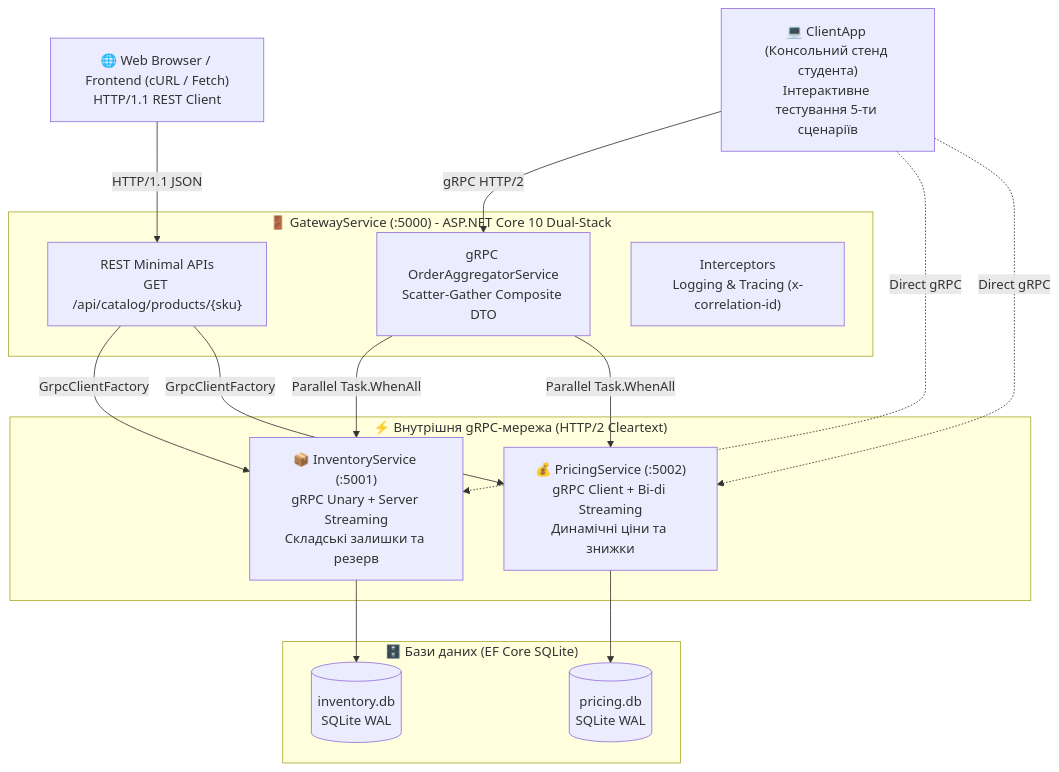
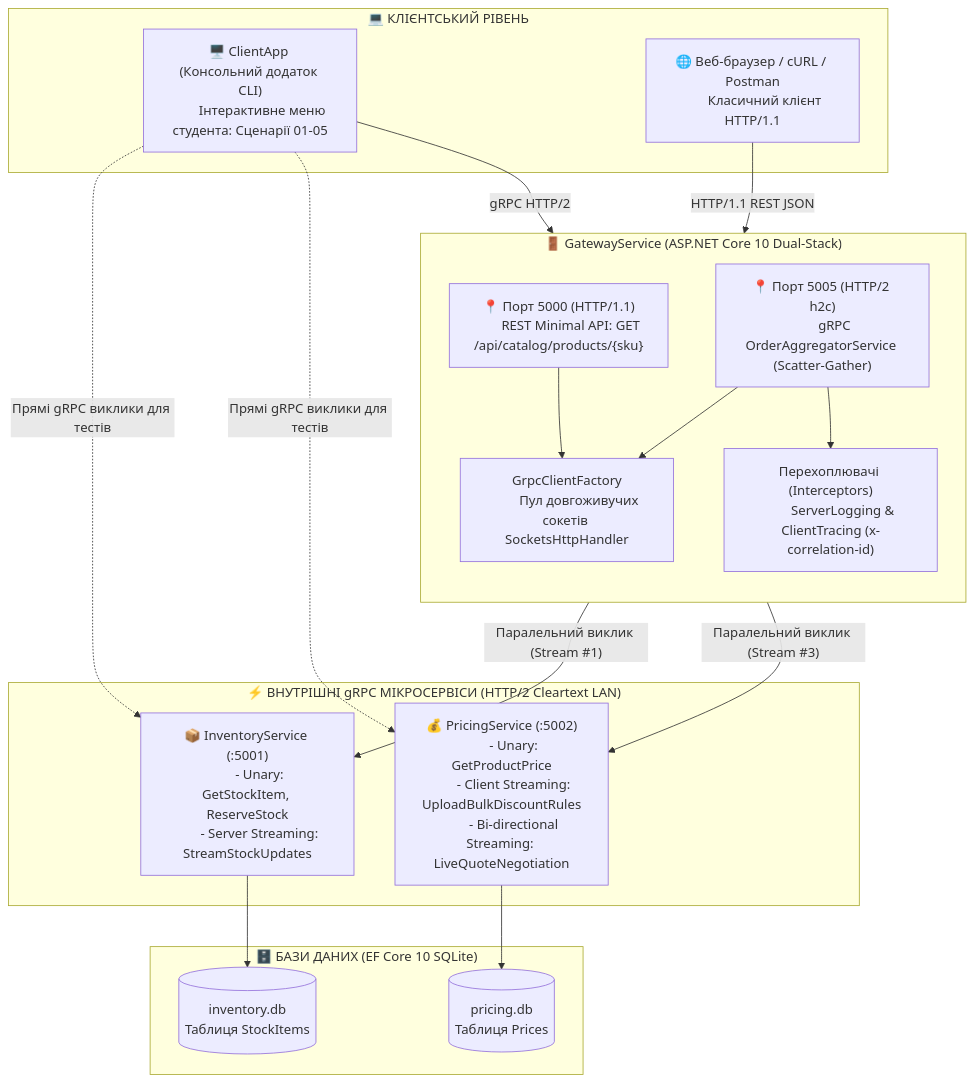
The diagram in README.md (MrTomkaYurii/AspNet-gRPC-Mastery), drawn with Mermaid before and after one commit. The commit also changed other lines of this file and 2 other files, not shown here.

Commit message:
docs(readme): add detailed project breakdown, multi-terminal & one-click startup guides and run-all scripts

````diff
--- a/README.md
+++ b/README.md
@@ -19,45 +31,53 @@
 ```mermaid
 flowchart TB
-    ClientCLI["💻 ClientApp (Консольний стенд студента)
-Інтерактивне тестування 5-ти сценаріїв"]
-    WebClient["🌐 Web Browser / Frontend (cURL / Fetch)
-HTTP/1.1 REST Client"]
-
-    subgraph HybridGateway ["🚪 GatewayService (:5000) - ASP.NET Core 10 Dual-Stack"]
-        RestApi["REST Minimal APIs
-GET /api/catalog/products/{sku}"]
-        Aggregator["gRPC OrderAggregatorService
-Scatter-Gather Composite DTO"]
-        Interceptors["Interceptors
-Logging & Tracing (x-correlation-id)"]
+    subgraph ClientZone ["💻 КЛІЄНТСЬКИЙ РІВЕНЬ"]
+        ClientCLI["🖥️ ClientApp (Консольний додаток CLI)
+        Інтерактивне меню студента: Сценарії 01-05"]
+        Browser["🌐 Веб-браузер / cURL / Postman
+        Класичний клієнт HTTP/1.1"]
     end
 
-    subgraph Mesh ["⚡ Внутрішня gRPC-мережа (HTTP/2 Cleartext)"]
-        Inventory["📦 InventoryService (:5001)
-gRPC Unary + Server Streaming
-Складські залишки та резерв"]
-        Pricing["💰 PricingService (:5002)
-gRPC Client + Bi-di Streaming
-Динамічні ціни та знижки"]
+    subgraph GatewayBoundary ["🚪 GatewayService (ASP.NET Core 10 Dual-Stack)"]
+        direction TB
+        Port5000["📍 Порт 5000 (HTTP/1.1)
+        REST Minimal API: GET /api/catalog/products/{sku}"]
+        Port5005["📍 Порт 5005 (HTTP/2 h2c)
+        gRPC OrderAggregatorService (Scatter-Gather)"]
+        Interceptors["Перехоплювачі (Interceptors)
+        ServerLogging & ClientTracing (x-correlation-id)"]
+        ClientPool["GrpcClientFactory
+        Пул довгоживучих сокетів SocketsHttpHandler"]
+
+        Port5000 --> ClientPool
+        Port5005 --> ClientPool
+        Port5005 --> Interceptors
     end
 
-    subgraph Persistence ["🗄️ Бази даних (EF Core SQLite)"]
-        DbInv[("inventory.db
-SQLite WAL")]
-        DbPrice[("pricing.db
-SQLite WAL")]
+    subgraph BackendMesh ["⚡ ВНУТРІШНІ gRPC МІКРОСЕРВІСИ (HTTP/2 Cleartext LAN)"]
+        Inventory["📦 InventoryService (:5001)
+        - Unary: GetStockItem, ReserveStock
+        - Server Streaming: StreamStockUpdates"]
+        Pricing["💰 PricingService (:5002)
+        - Unary: GetProductPrice
+        - Client Streaming: UploadBulkDiscountRules
+        - Bi-directional Streaming: LiveQuoteNegotiation"]
     end
 
-    WebClient -->|"HTTP/1.1 JSON"| RestApi
-    ClientCLI -->|"gRPC HTTP/2"| Aggregator
-    ClientCLI -.->|"Direct gRPC"| Inventory
-    ClientCLI -.->|"Direct gRPC"| Pricing
+    subgraph DataTier ["🗄️ БАЗИ ДАНИХ (EF Core 10 SQLite)"]
+        DbInv[("inventory.db
+        Таблиця StockItems")]
+        DbPrice[("pricing.db
+        Таблиця Prices")]
+    end
 
-    RestApi -->|"GrpcClientFactory"| Inventory
-    RestApi -->|"GrpcClientFactory"| Pricing
-    Aggregator -->|"Parallel Task.WhenAll"| Inventory
-    Aggregator -->|"Parallel Task.WhenAll"| Pricing
+    Browser -->|"HTTP/1.1 REST JSON"| Port5000
+    ClientCLI -->|"gRPC HTTP/2"| Port5005
+    ClientCLI -.->|"Прямі gRPC виклики для тестів"| Inventory
+    ClientCLI -.->|"Прямі gRPC виклики для тестів"| Pricing
+
+    ClientPool -->|"Паралельний виклик (Stream #1)"| Inventory
+    ClientPool -->|"Паралельний виклик (Stream #3)"| Pricing
 
     Inventory --> DbInv
     Pricing --> DbPrice
 ```
````
